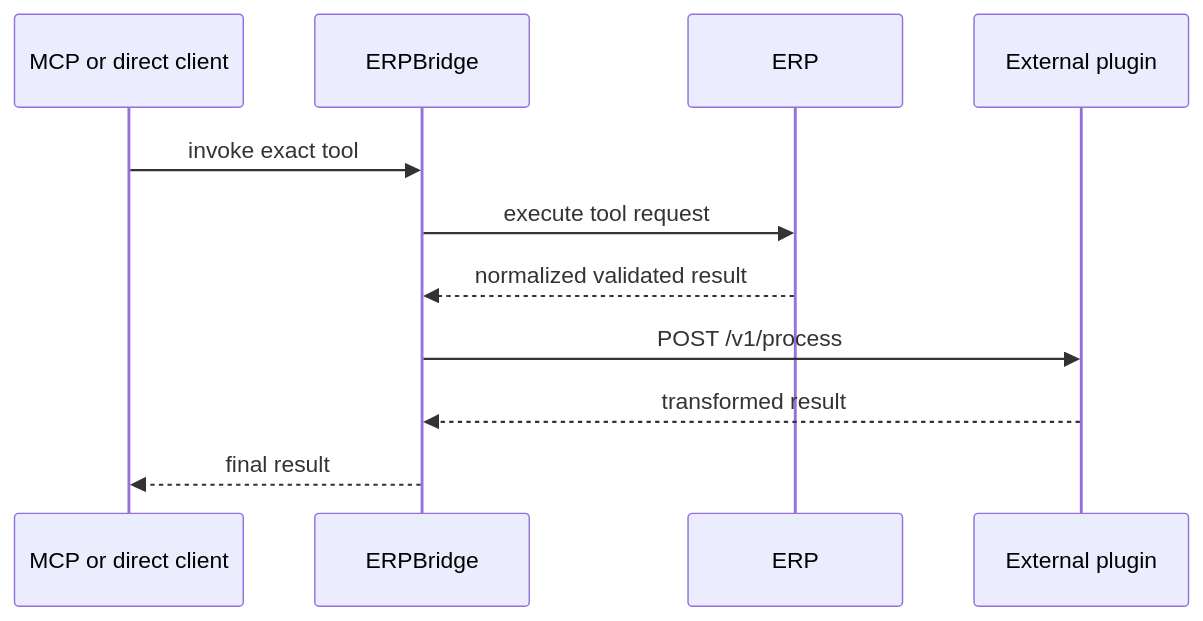
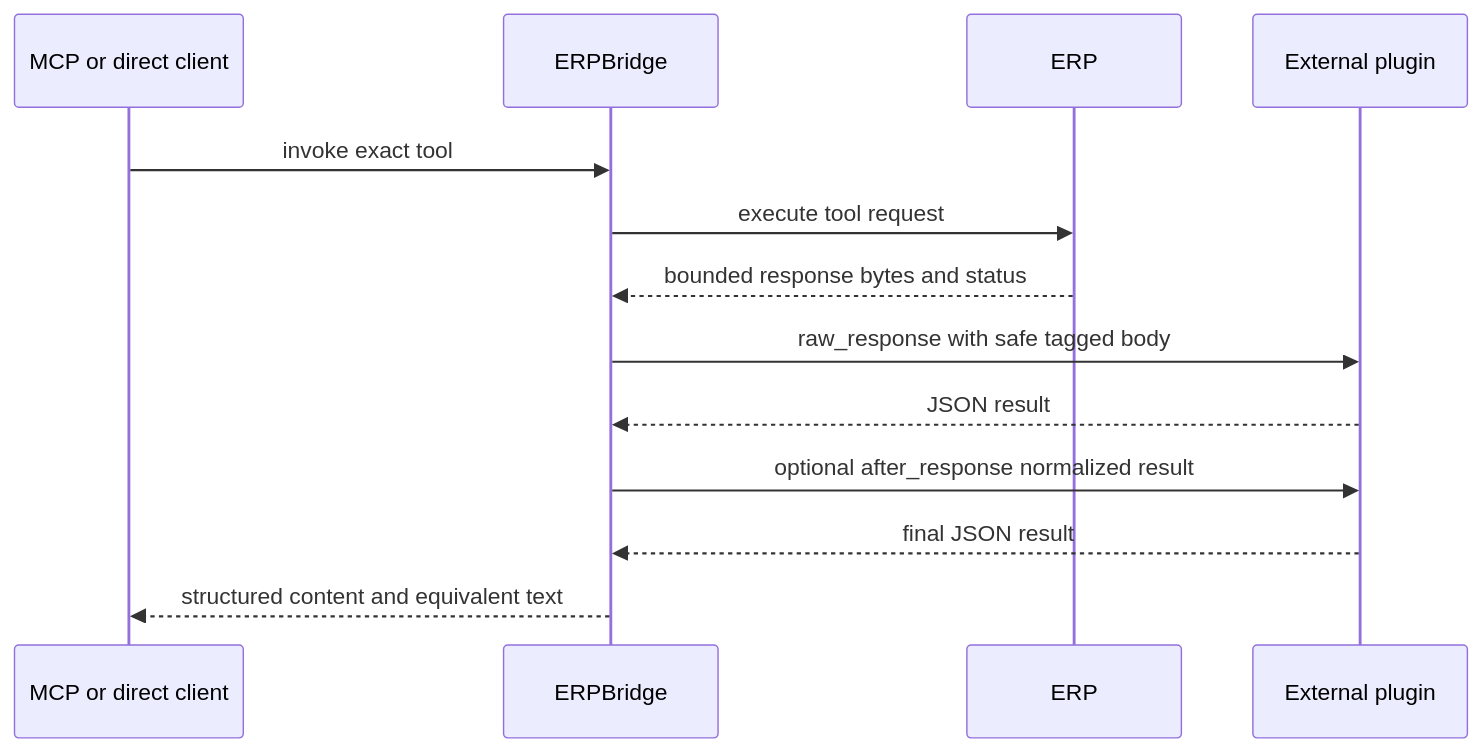
One commit to nmdra/ERPBridge changed the second of 2 diagrams in docs/architecture.md. Above: the diagram before and after it, drawn with Mermaid. The commit also changed other lines of this file and 8 other files, not shown here.

````diff
--- a/docs/architecture.md
+++ b/docs/architecture.md
@@ -86,13 +102,15 @@
 ```mermaid
 sequenceDiagram
     participant Client as MCP or direct client
     participant Bridge as ERPBridge
     participant ERP as ERP
     participant Plugin as External plugin
     Client->>Bridge: invoke exact tool
     Bridge->>ERP: execute tool request
-    ERP-->>Bridge: normalized validated result
-    Bridge->>Plugin: POST /v1/process
-    Plugin-->>Bridge: transformed result
-    Bridge-->>Client: final result
+    ERP-->>Bridge: bounded response bytes and status
+    Bridge->>Plugin: raw_response with safe tagged body
+    Plugin-->>Bridge: JSON result
+    Bridge->>Plugin: optional after_response normalized result
+    Plugin-->>Bridge: final JSON result
+    Bridge-->>Client: structured content and equivalent text
 ```
````
